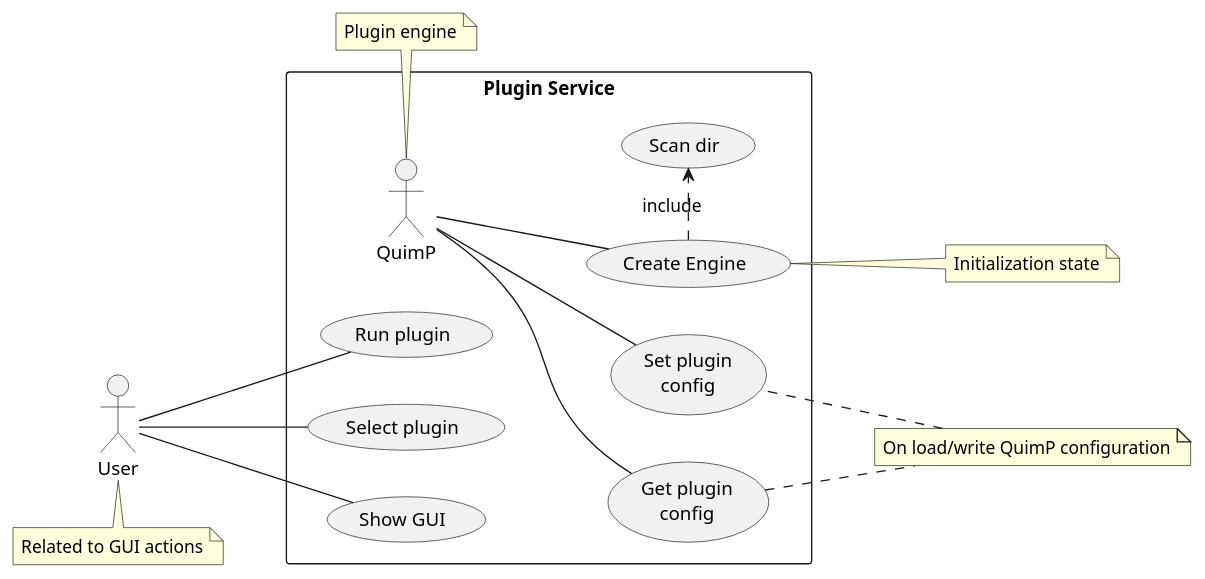
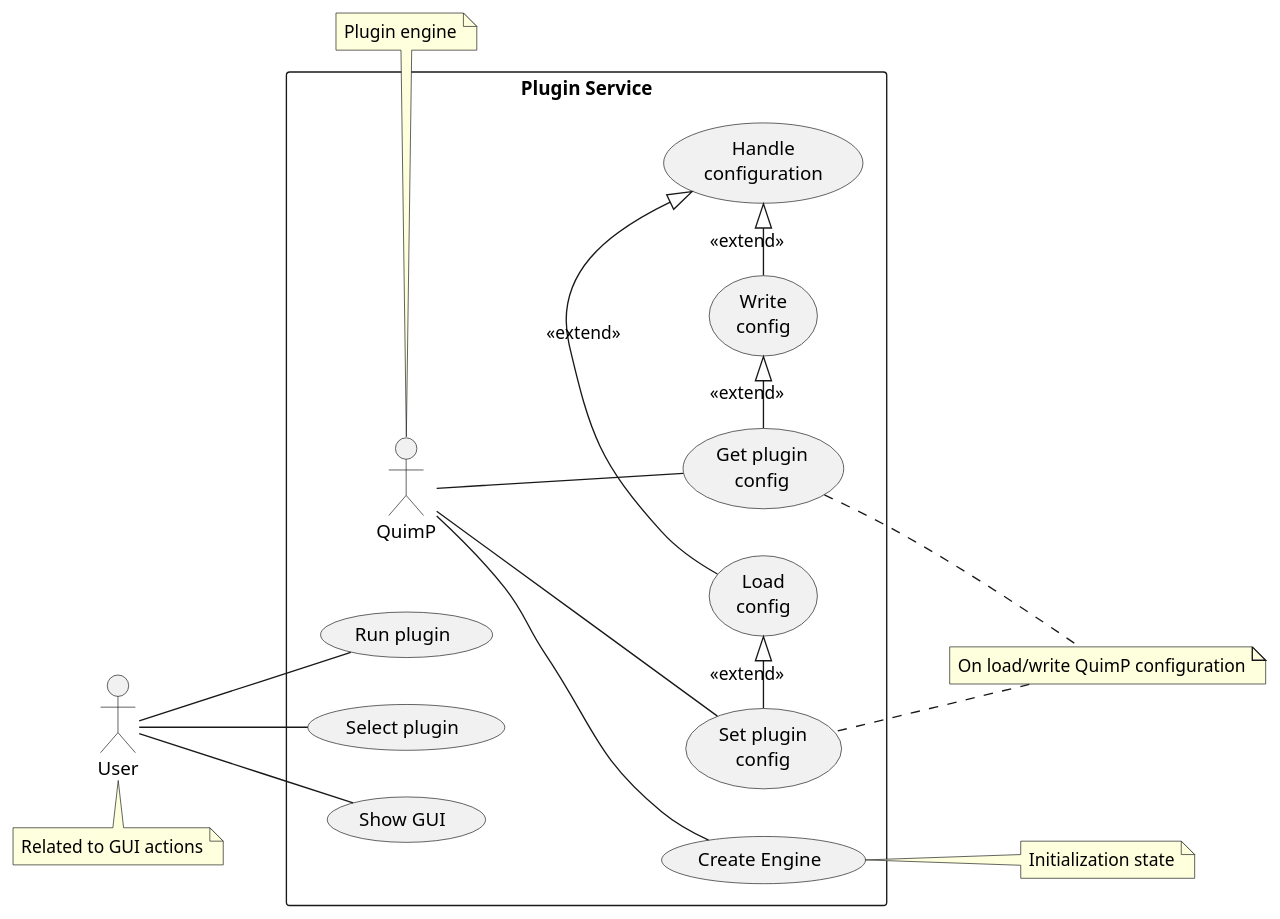
One commit to CellDynamics/QuimP changed the first of 6 diagrams in Doxygen_doc/SnakePlugin.md. Above: the diagram before and after it, drawn with PlantUML. The commit also changed other lines of this file and 7 other files, not shown here.

```diff
--- a/Doxygen_doc/SnakePlugin.md
+++ b/Doxygen_doc/SnakePlugin.md
@@ -28,21 +40,24 @@
 @startuml
 left to right direction
 
 :User: as user
 rectangle "Plugin Service" {
     :QuimP: as quimp
     quimp--(Create Engine)
-    (Create Engine) .> (Scan dir) : include
     user--(Run plugin)
     user--(Select plugin)
     user--(Show GUI)
     quimp--(Get plugin\nconfig)
     quimp--(Set plugin\nconfig)
+    (Get plugin\nconfig)-|>(Write\nconfig):<<extend>>
+    (Set plugin\nconfig)-|>(Load\nconfig):<<extend>>
+    (Write\nconfig)-|>(Handle\nconfiguration):<<extend>>
+    (Load\nconfig)-|>(Handle\nconfiguration):<<extend>>
 }
 note bottom of user : Related to GUI actions
 note top of quimp : Plugin engine
 note right of (Create Engine) : Initialization state
 note "On load/write QuimP configuration" as N2
 (Get plugin\nconfig) .. N2
 N2 .. (Set plugin\nconfig)
 @enduml
```
